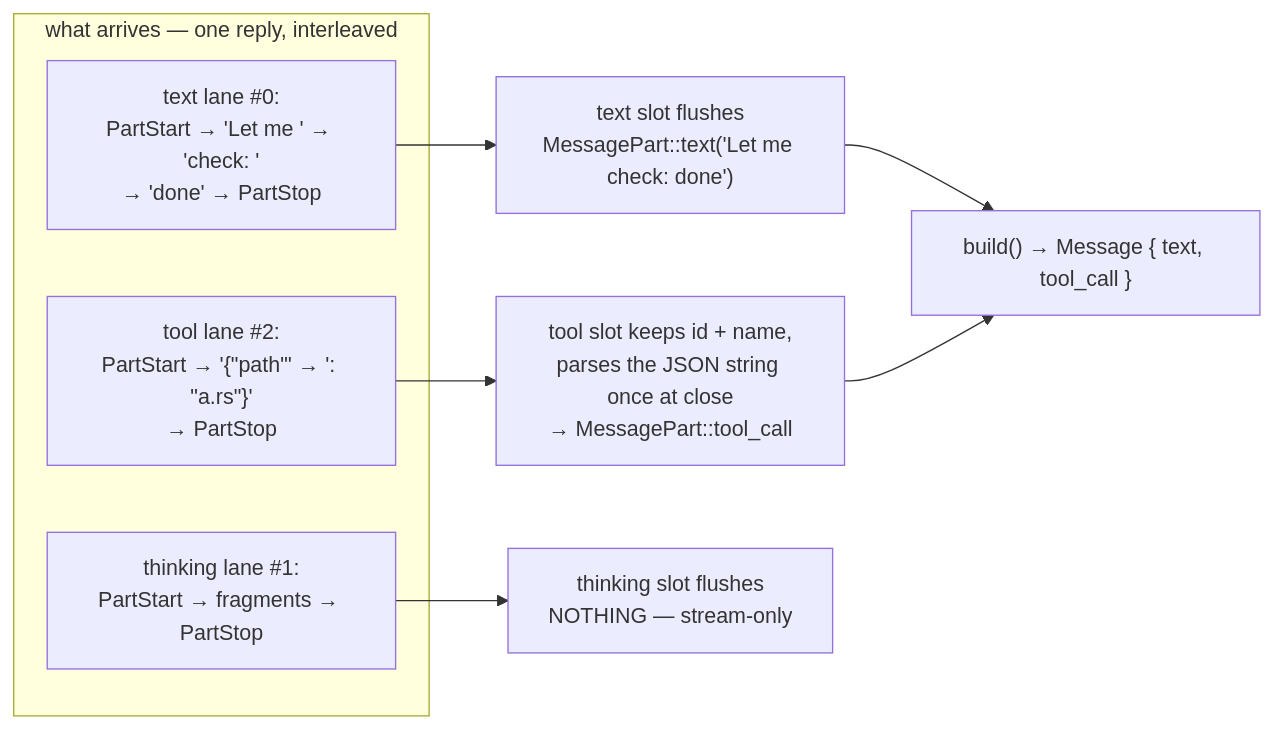
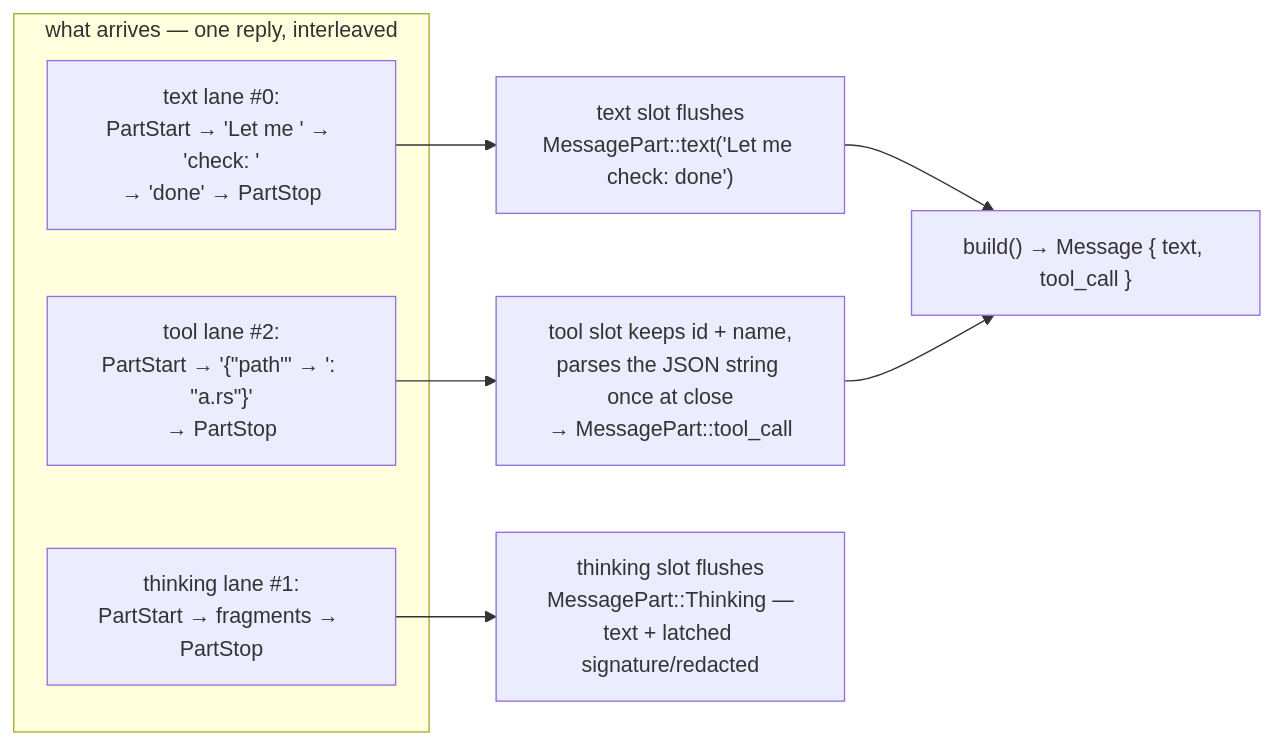
The first of 2 diagrams in knowledge-base/01-core-data/04-stream-events.md (dch-labs/loopctl-web), drawn with Mermaid before and after one commit. The commit also changed other lines of this file and 221 other files, not shown here.

````diff
--- a/knowledge-base/01-core-data/04-stream-events.md
+++ b/knowledge-base/01-core-data/04-stream-events.md
@@ -115,13 +117,13 @@
 ```mermaid
 flowchart LR
     subgraph lanes["what arrives — one reply, interleaved"]
         A["text lane #35;0:<br/>PartStart → 'Let me ' → 'check: '<br/>→ 'done' → PartStop"]
         B["tool lane #35;2:<br/>PartStart → '{&quot;path&quot;' → ': &quot;a.rs&quot;}'<br/>→ PartStop"]
         C["thinking lane #35;1:<br/>PartStart → fragments → PartStop"]
     end
     A --> TA["text slot flushes<br/>MessagePart::text('Let me check: done')"]
     B --> TB["tool slot keeps id + name,<br/>parses the JSON string once at close<br/>→ MessagePart::tool_call"]
-    C --> TC["thinking slot flushes<br/>NOTHING — stream-only"]
+    C --> TC["thinking slot flushes<br/>MessagePart::Thinking —<br/>text + latched signature/redacted"]
     TA --> M["build() → Message { text, tool_call }"]
     TB --> M
 ```
````
